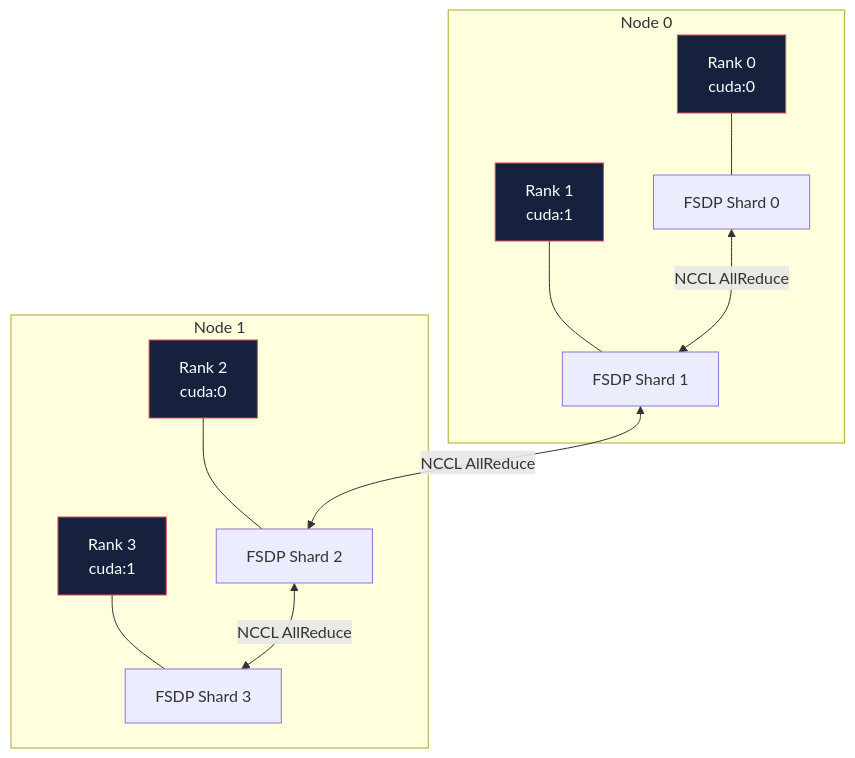
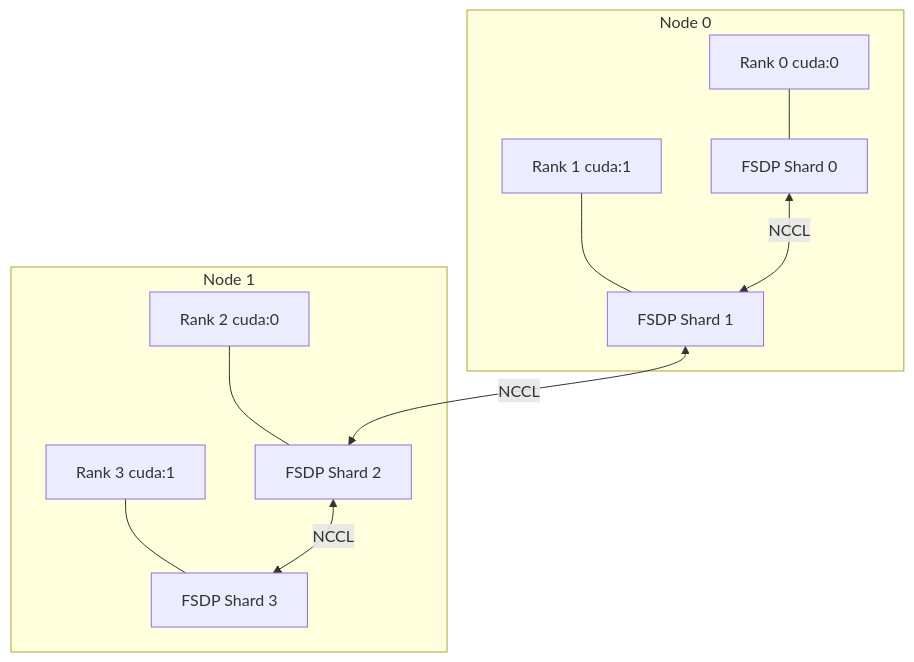
One commit to ThilakShekharShriyan/GeoScale changed the third of 4 diagrams in README.md. Above: the diagram before and after it, drawn with Mermaid. The commit also changed other lines of this file, not shown here.

````diff
--- a/README.md
+++ b/README.md
@@ -94,21 +78,16 @@
 ```mermaid
 flowchart TB
     subgraph "Node 0"
-        R0["Rank 0\ncuda:0"] --- FSDP0["FSDP Shard 0"]
-        R1["Rank 1\ncuda:1"] --- FSDP1["FSDP Shard 1"]
+        R0["Rank 0 cuda:0"] --- S0["FSDP Shard 0"]
+        R1["Rank 1 cuda:1"] --- S1["FSDP Shard 1"]
     end
 
     subgraph "Node 1"
-        R2["Rank 2\ncuda:0"] --- FSDP2["FSDP Shard 2"]
-        R3["Rank 3\ncuda:1"] --- FSDP3["FSDP Shard 3"]
+        R2["Rank 2 cuda:0"] --- S2["FSDP Shard 2"]
+        R3["Rank 3 cuda:1"] --- S3["FSDP Shard 3"]
     end
 
-    FSDP0 <-->|"NCCL AllReduce"| FSDP1
-    FSDP1 <-->|"NCCL AllReduce"| FSDP2
-    FSDP2 <-->|"NCCL AllReduce"| FSDP3
-
-    style R0 fill:#16213e,stroke:#e94560,color:#fff
-    style R1 fill:#16213e,stroke:#e94560,color:#fff
-    style R2 fill:#16213e,stroke:#e94560,color:#fff
-    style R3 fill:#16213e,stroke:#e94560,color:#fff
+    S0 <-->|"NCCL"| S1
+    S1 <-->|"NCCL"| S2
+    S2 <-->|"NCCL"| S3
 ```
````
